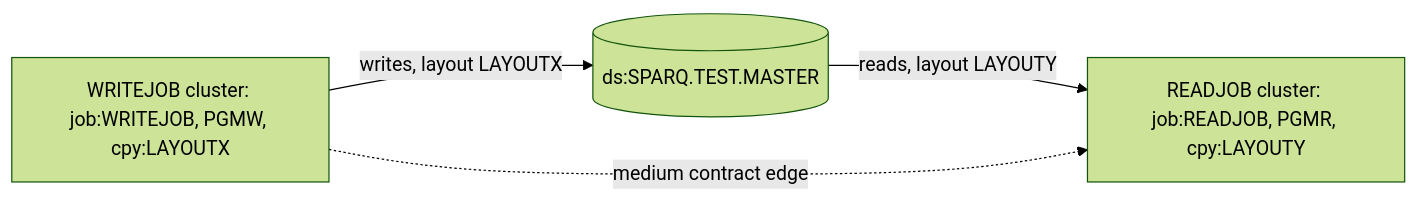
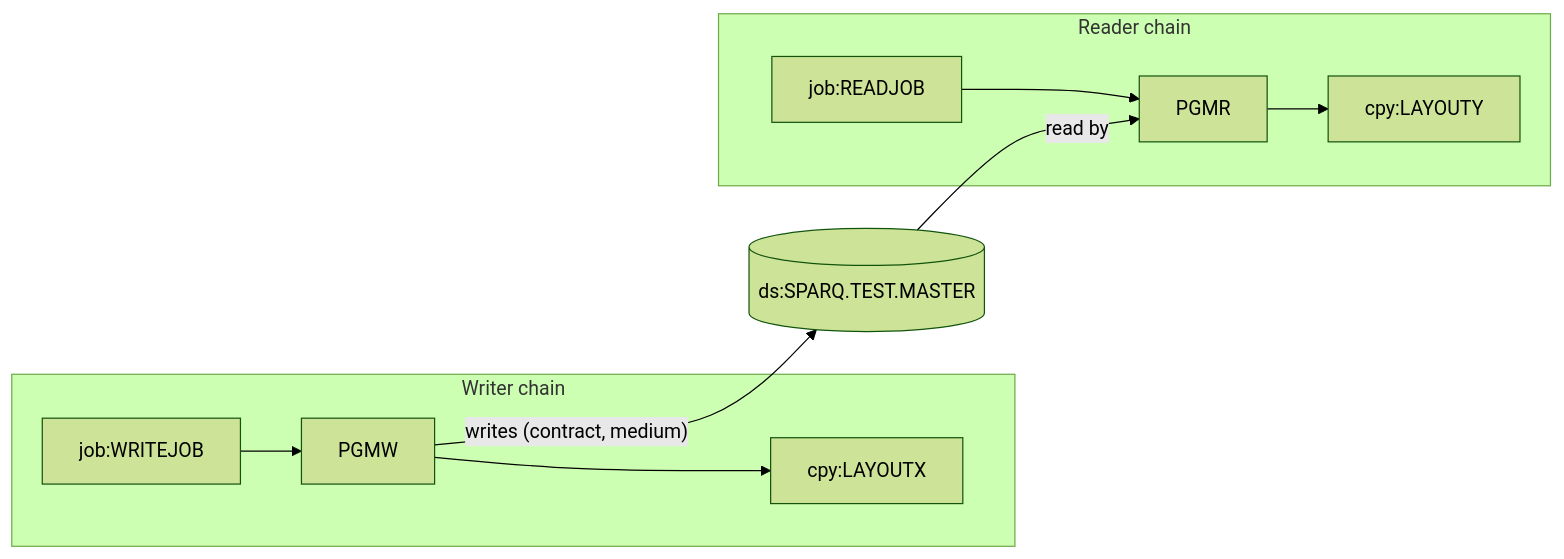
The diagram in evals/runs/07-contract-mismatch/modernization-assessment/02-coupling.md (Sparq-Holding-Inc/claude-legacy-modernization), drawn with Mermaid (forest theme) before and after one commit. The commit also changed other lines of this file and 217 other files, not shown here.

````diff
--- a/evals/runs/07-contract-mismatch/modernization-assessment/02-coupling.md
+++ b/evals/runs/07-contract-mismatch/modernization-assessment/02-coupling.md
@@ -51,6 +55,13 @@
 ```mermaid
 graph LR
-  W["WRITEJOB cluster: job:WRITEJOB, PGMW, cpy:LAYOUTX"] -->|writes, layout LAYOUTX| D[("ds:SPARQ.TEST.MASTER")]
-  D -->|reads, layout LAYOUTY| R["READJOB cluster: job:READJOB, PGMR, cpy:LAYOUTY"]
-  W -. "medium contract edge" .-> R
+  subgraph W["Writer chain"]
+    WJ["job:WRITEJOB"] --> PW["PGMW"]
+    PW --> CX["cpy:LAYOUTX"]
+  end
+  subgraph R["Reader chain"]
+    RJ["job:READJOB"] --> PR["PGMR"]
+    PR --> CY["cpy:LAYOUTY"]
+  end
+  PW -- "writes (contract, medium)" --> DS[("ds:SPARQ.TEST.MASTER")]
+  DS -- "read by" --> PR
 ```
````
